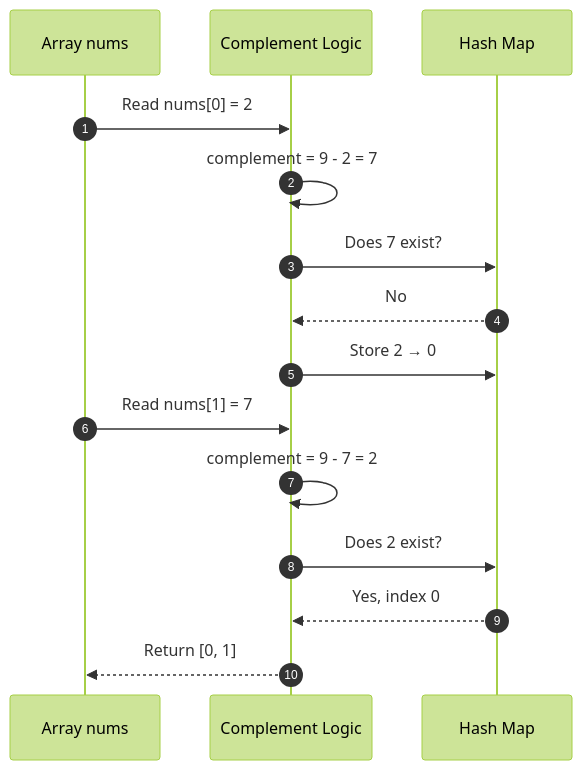
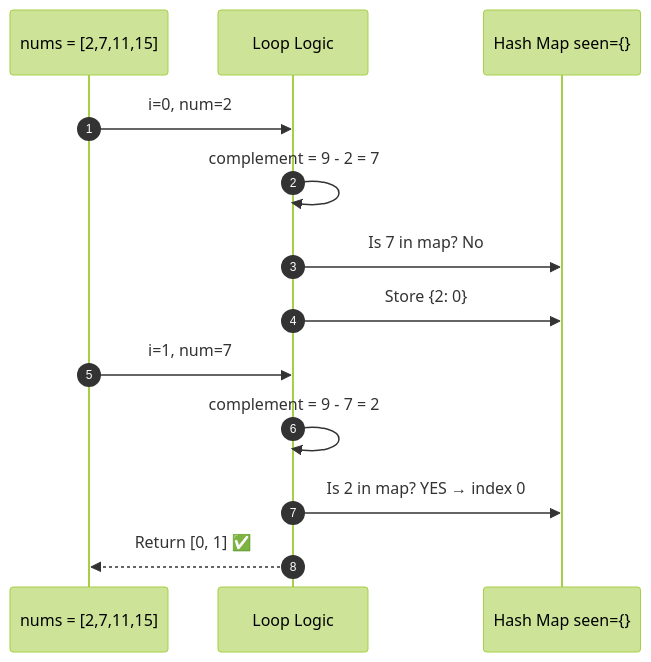
Before and after one commit to M-F-Tushar/LeetCode-Problem-Solving: diagram 11 of 12 in 01 - Two Sum/README.md, drawn with Mermaid (forest theme). The commit also changed other lines of this file, not shown here.

````diff
--- a/01 - Two Sum/README.md
+++ b/01 - Two Sum/README.md
@@ -402,19 +363,17 @@
 ```mermaid
 sequenceDiagram
     autonumber
-    participant Array as Array nums
-    participant Logic as Complement Logic
-    participant Map as Hash Map
+    participant A as nums = [2,7,11,15]
+    participant L as Loop Logic
+    participant M as Hash Map seen={}
 
-    Array->>Logic: Read nums[0] = 2
-    Logic->>Logic: complement = 9 - 2 = 7
-    Logic->>Map: Does 7 exist?
-    Map-->>Logic: No
-    Logic->>Map: Store 2 → 0
+    A->>L: i=0, num=2
+    L->>L: complement = 9 - 2 = 7
+    L->>M: Is 7 in map? No
+    L->>M: Store {2: 0}
 
-    Array->>Logic: Read nums[1] = 7
-    Logic->>Logic: complement = 9 - 7 = 2
-    Logic->>Map: Does 2 exist?
-    Map-->>Logic: Yes, index 0
-    Logic-->>Array: Return [0, 1]
+    A->>L: i=1, num=7
+    L->>L: complement = 9 - 7 = 2
+    L->>M: Is 2 in map? YES → index 0
+    L-->>A: Return [0, 1] ✅
 ```
````
